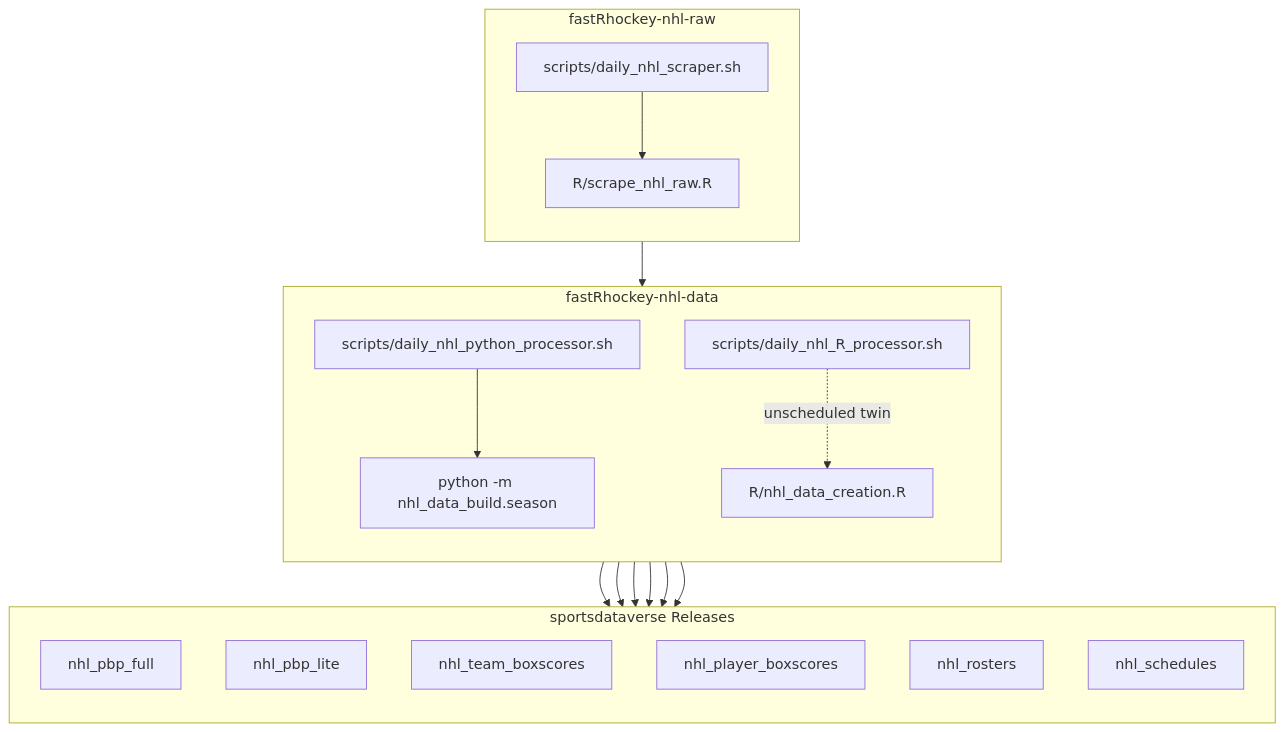
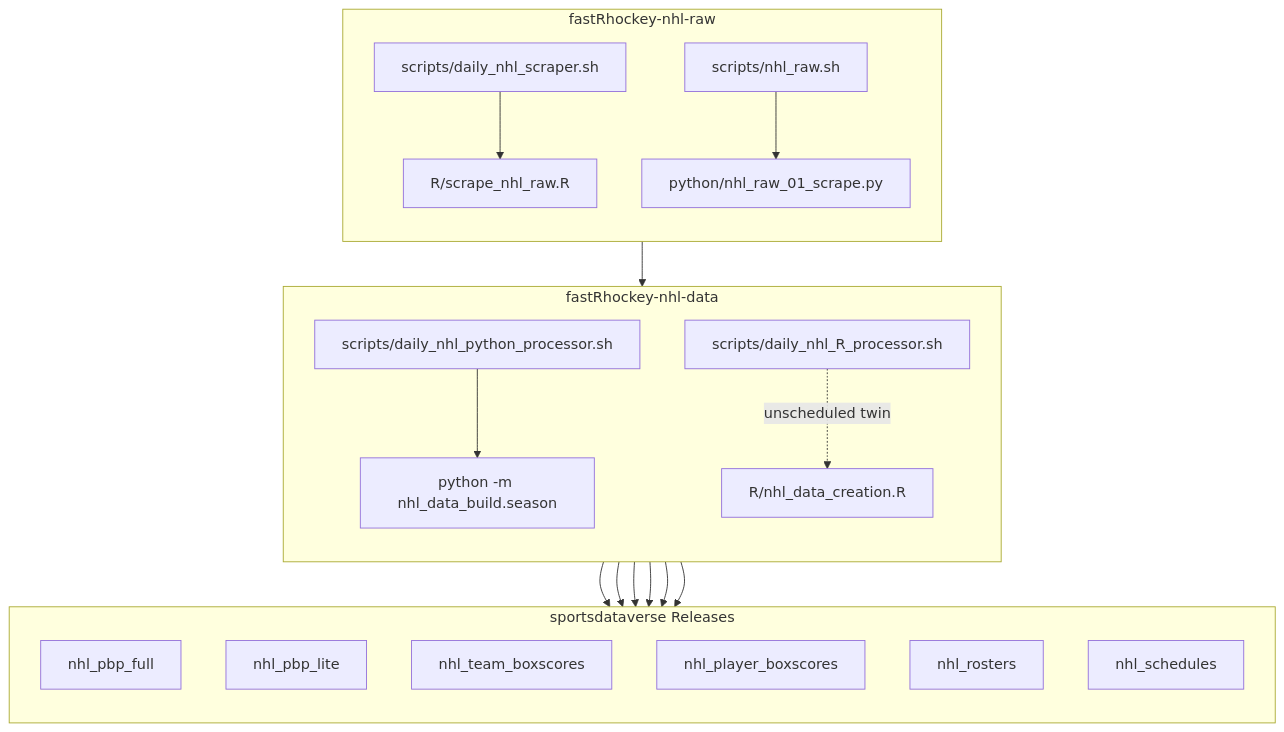
Before and after one commit to sportsdataverse/fastRhockey-nhl-raw: the second of 2 diagrams in README.md, drawn with Mermaid.

Commit message:
docs(readme): python scrape branch in workflow diagram

````diff
--- a/README.md
+++ b/README.md
@@ -19,39 +19,40 @@
 ```mermaid
 flowchart TB;
     subgraph A[fastRhockey-nhl-raw];
         direction TB;
         A1[scripts/daily_nhl_scraper.sh]-->A2[R/scrape_nhl_raw.R];
+        A3[scripts/nhl_raw.sh]-->A4[python/nhl_raw_01_scrape.py];
     end;
 
     subgraph B[fastRhockey-nhl-data];
         direction TB;
         B1[scripts/daily_nhl_python_processor.sh]-->B2[python -m nhl_data_build.season];
         B3[scripts/daily_nhl_R_processor.sh]-.unscheduled twin.->B4[R/nhl_data_creation.R];
     end;
 
     subgraph C[sportsdataverse Releases];
         direction TB;
         C1[nhl_pbp_full];
         C2[nhl_pbp_lite];
         C3[nhl_team_boxscores];
         C4[nhl_player_boxscores];
         C5[nhl_rosters];
         C6[nhl_schedules];
     end;
 
     A-->B;
     B-->C1;
     B-->C2;
     B-->C3;
     B-->C4;
     B-->C5;
     B-->C6;
 
     click C1 "https://github.com/sportsdataverse/sportsdataverse-data/releases/tag/nhl_pbp_full" _blank;
     click C2 "https://github.com/sportsdataverse/sportsdataverse-data/releases/tag/nhl_pbp_lite" _blank;
     click C3 "https://github.com/sportsdataverse/sportsdataverse-data/releases/tag/nhl_team_boxscores" _blank;
     click C4 "https://github.com/sportsdataverse/sportsdataverse-data/releases/tag/nhl_player_boxscores" _blank;
     click C5 "https://github.com/sportsdataverse/sportsdataverse-data/releases/tag/nhl_rosters" _blank;
     click C6 "https://github.com/sportsdataverse/sportsdataverse-data/releases/tag/nhl_schedules" _blank;
 
 ```
````
